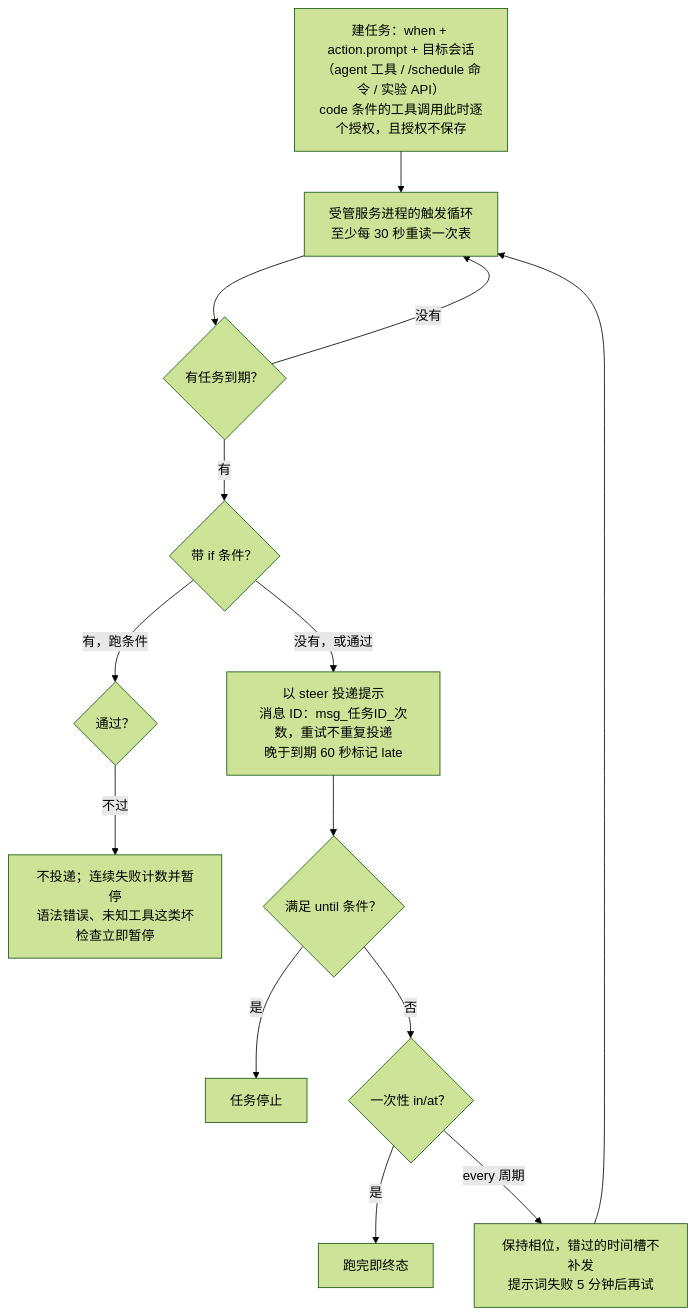
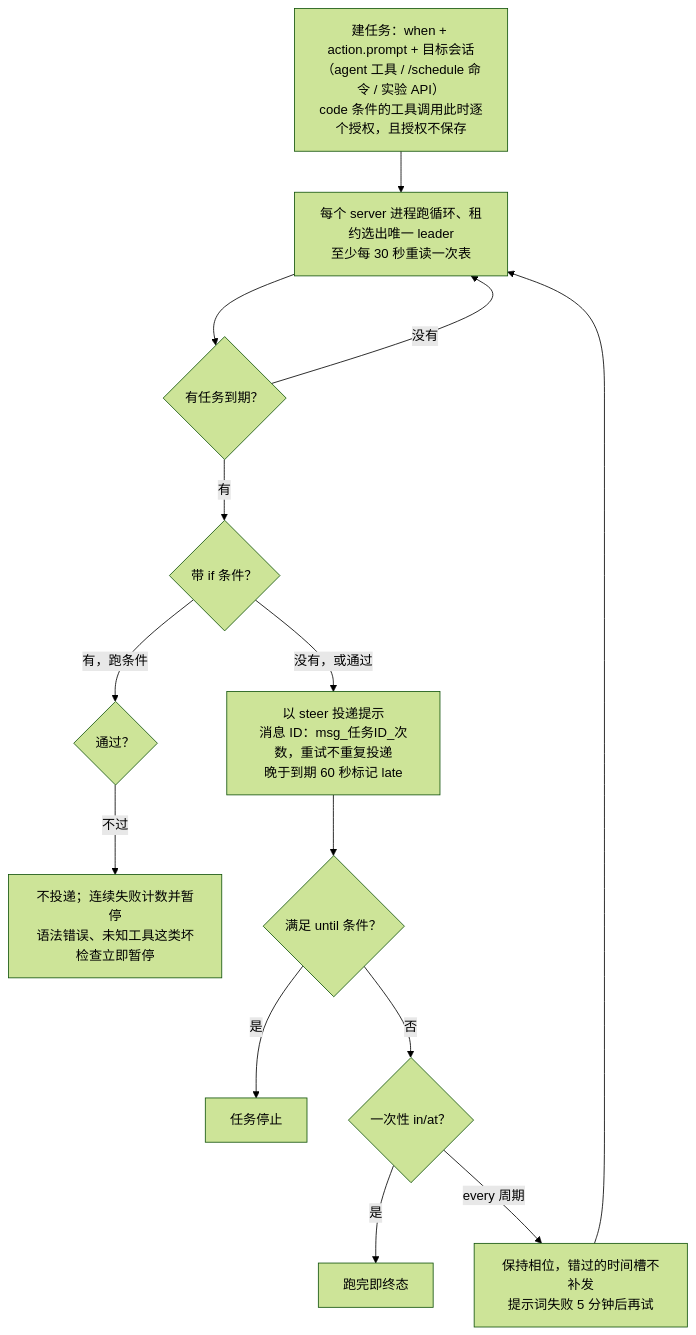
Before and after one commit to zachysun/awesome-agents-notes: diagram 13 of 13 in notes/opencode.md, drawn with Mermaid (forest theme). The commit also changed other lines of this file and 5 other files, not shown here.

````diff
--- a/notes/opencode.md
+++ b/notes/opencode.md
@@ -521,17 +533,17 @@
 ```mermaid
 flowchart TD
     CREATE["建任务：when + action.prompt + 目标会话<br/>（agent 工具 / /schedule 命令 / 实验 API）<br/>code 条件的工具调用此时逐个授权，且授权不保存"]
-    CREATE --> LOOP["受管服务进程的触发循环<br/>至少每 30 秒重读一次表"]
+    CREATE --> LOOP["每个 server 进程跑循环、租约选出唯一 leader<br/>至少每 30 秒重读一次表"]
     LOOP --> DUE{"有任务到期？"}
     DUE -->|"没有"| LOOP
     DUE -->|"有"| IF{"带 if 条件？"}
     IF -->|"有，跑条件"| CHK{"通过？"}
     CHK -->|"不过"| SKIP["不投递；连续失败计数并暂停<br/>语法错误、未知工具这类坏检查立即暂停"]
     IF -->|"没有，或通过"| DELIV["以 steer 投递提示<br/>消息 ID：msg_任务ID_次数，重试不重复投递<br/>晚于到期 60 秒标记 late"]
     DELIV --> UNTIL{"满足 until 条件？"}
     UNTIL -->|"是"| STOP["任务停止"]
     UNTIL -->|"否"| ONE{"一次性 in/at？"}
     ONE -->|"是"| DONE["跑完即终态"]
     ONE -->|"every 周期"| LOOP2["保持相位，错过的时间槽不补发<br/>提示词失败 5 分钟后再试"]
     LOOP2 --> LOOP
 ```
````
